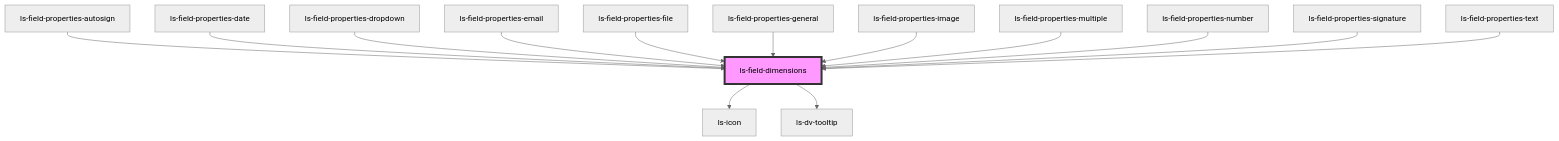
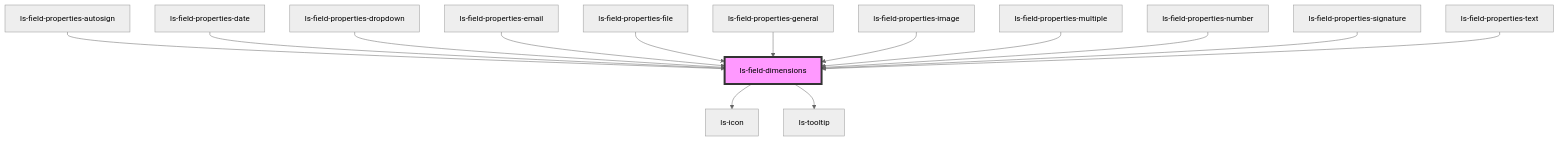
The diagram in src/components/ls-field-dimensions/readme.md (legalesign/ls-document-viewer), drawn with Mermaid (neutral theme) before and after one commit. The commit also changed other lines of this file and 52 other files, not shown here.

````diff
--- a/src/components/ls-field-dimensions/readme.md
+++ b/src/components/ls-field-dimensions/readme.md
@@ -45,17 +45,17 @@
 ```mermaid
 graph TD;
   ls-field-dimensions --> ls-icon
-  ls-field-dimensions --> ls-dv-tooltip
+  ls-field-dimensions --> ls-tooltip
   ls-field-properties-autosign --> ls-field-dimensions
   ls-field-properties-date --> ls-field-dimensions
   ls-field-properties-dropdown --> ls-field-dimensions
   ls-field-properties-email --> ls-field-dimensions
   ls-field-properties-file --> ls-field-dimensions
   ls-field-properties-general --> ls-field-dimensions
   ls-field-properties-image --> ls-field-dimensions
   ls-field-properties-multiple --> ls-field-dimensions
   ls-field-properties-number --> ls-field-dimensions
   ls-field-properties-signature --> ls-field-dimensions
   ls-field-properties-text --> ls-field-dimensions
   style ls-field-dimensions fill:#f9f,stroke:#333,stroke-width:4px
 ```
````
